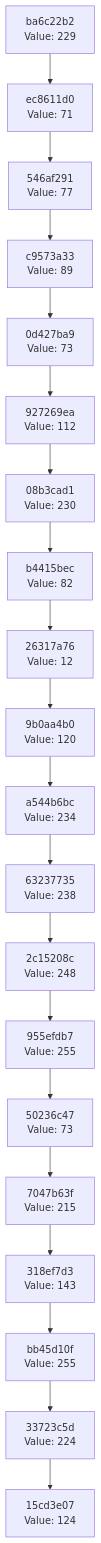
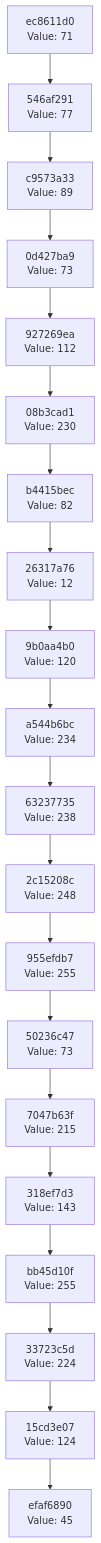
The diagram in docs/CHAIN_VISUALIZATION.md (Abhisheksinha1506/hash-chain-evolver), drawn with Mermaid before and after one commit. The commit also changed 2 other files, not shown here.

Commit message:
Evolution Step

````diff
--- a/docs/CHAIN_VISUALIZATION.md
+++ b/docs/CHAIN_VISUALIZATION.md
@@ -3,42 +3,42 @@
 ```mermaid
 graph TD
-    C0["15cd3e07<br/>Value: 124"]
-    C1["33723c5d<br/>Value: 224"]
+    C0["efaf6890<br/>Value: 45"]
+    C1["15cd3e07<br/>Value: 124"]
     C1 --> C0
-    C2["bb45d10f<br/>Value: 255"]
+    C2["33723c5d<br/>Value: 224"]
     C2 --> C1
-    C3["318ef7d3<br/>Value: 143"]
+    C3["bb45d10f<br/>Value: 255"]
     C3 --> C2
-    C4["7047b63f<br/>Value: 215"]
+    C4["318ef7d3<br/>Value: 143"]
     C4 --> C3
-    C5["50236c47<br/>Value: 73"]
+    C5["7047b63f<br/>Value: 215"]
     C5 --> C4
-    C6["955efdb7<br/>Value: 255"]
+    C6["50236c47<br/>Value: 73"]
     C6 --> C5
-    C7["2c15208c<br/>Value: 248"]
+    C7["955efdb7<br/>Value: 255"]
     C7 --> C6
-    C8["63237735<br/>Value: 238"]
+    C8["2c15208c<br/>Value: 248"]
     C8 --> C7
-    C9["a544b6bc<br/>Value: 234"]
+    C9["63237735<br/>Value: 238"]
     C9 --> C8
-    C10["9b0aa4b0<br/>Value: 120"]
+    C10["a544b6bc<br/>Value: 234"]
     C10 --> C9
-    C11["26317a76<br/>Value: 12"]
+    C11["9b0aa4b0<br/>Value: 120"]
     C11 --> C10
-    C12["b4415bec<br/>Value: 82"]
+    C12["26317a76<br/>Value: 12"]
     C12 --> C11
-    C13["08b3cad1<br/>Value: 230"]
+    C13["b4415bec<br/>Value: 82"]
     C13 --> C12
-    C14["927269ea<br/>Value: 112"]
+    C14["08b3cad1<br/>Value: 230"]
     C14 --> C13
-    C15["0d427ba9<br/>Value: 73"]
+    C15["927269ea<br/>Value: 112"]
     C15 --> C14
-    C16["c9573a33<br/>Value: 89"]
+    C16["0d427ba9<br/>Value: 73"]
     C16 --> C15
-    C17["546af291<br/>Value: 77"]
+    C17["c9573a33<br/>Value: 89"]
     C17 --> C16
-    C18["ec8611d0<br/>Value: 71"]
+    C18["546af291<br/>Value: 77"]
     C18 --> C17
-    C19["ba6c22b2<br/>Value: 229"]
+    C19["ec8611d0<br/>Value: 71"]
     C19 --> C18
 ```
````
